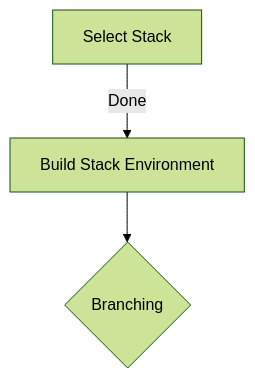
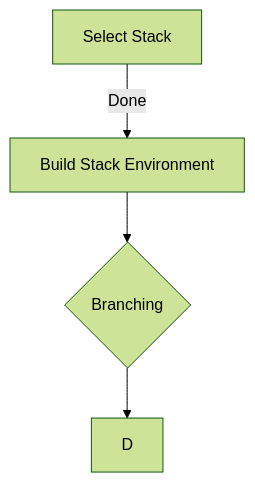
Before and after one commit to scottwedge/ExaminationSystem: the diagram in mermaid.mmd, drawn with Mermaid (forest theme).

Commit message:
oct 12 pushy test

```diff
--- a/mermaid.mmd
+++ b/mermaid.mmd
@@ -1,4 +1,5 @@
 
 graph TD
     A[Select Stack] --> |Done| B[Build Stack Environment]
     B --> C{Branching}
+    C --> D
```
